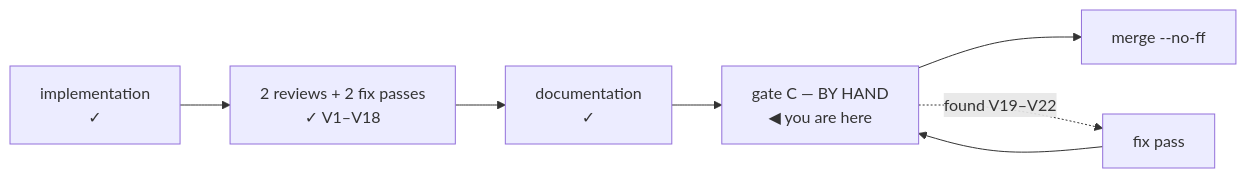
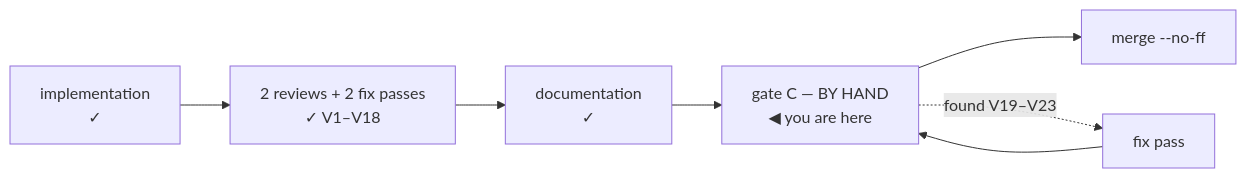
One commit to alergyonthestage/ytdl changed the diagram in docs/handoff-cycle6plus-gatec.md. Above: the diagram before and after it, drawn with Mermaid. The commit also changed other lines of this file and 1 other file, not shown here.

First line of the commit message:
docs: carry the V21 diagnosis into the handoff and the roadmap

````diff
--- a/docs/handoff-cycle6plus-gatec.md
+++ b/docs/handoff-cycle6plus-gatec.md
@@ -9,9 +9,9 @@
 ```mermaid
 flowchart LR
   I["implementation<br/>✓"] --> R2["2 reviews + 2 fix passes<br/>✓ V1–V18"]
   R2 --> DOC["documentation<br/>✓"]
   DOC --> GC["gate C — BY HAND<br/>◀ you are here"]
   GC --> M["merge --no-ff"]
-  GC -.->|"found V19–V22"| FIX["fix pass"]
+  GC -.->|"found V19–V23"| FIX["fix pass"]
   FIX --> GC
 ```
````
